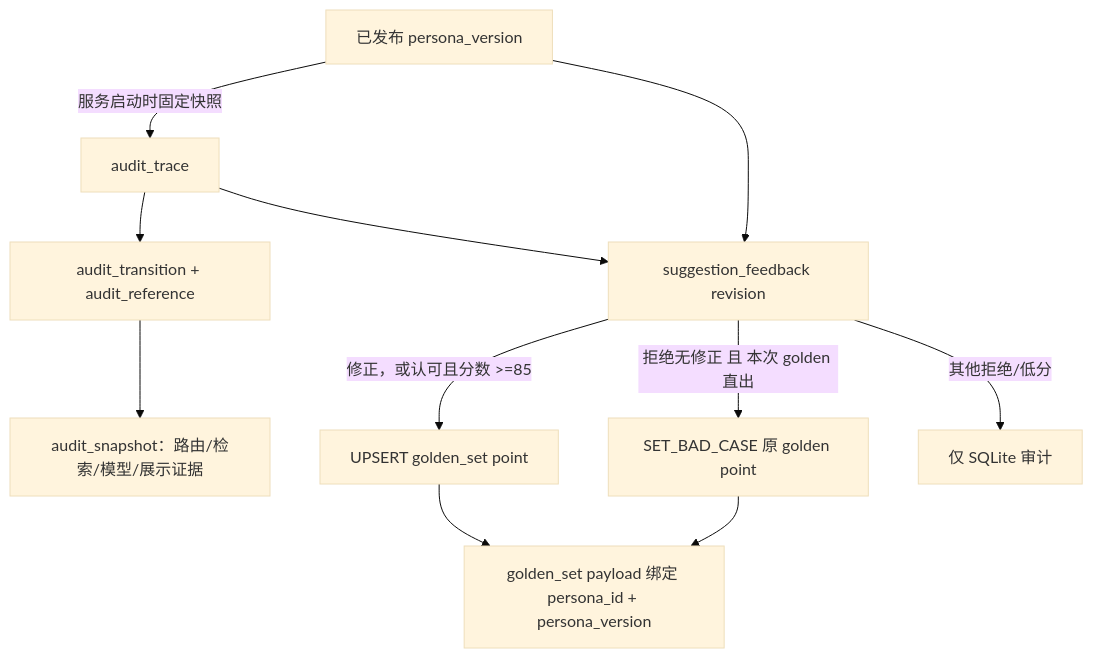
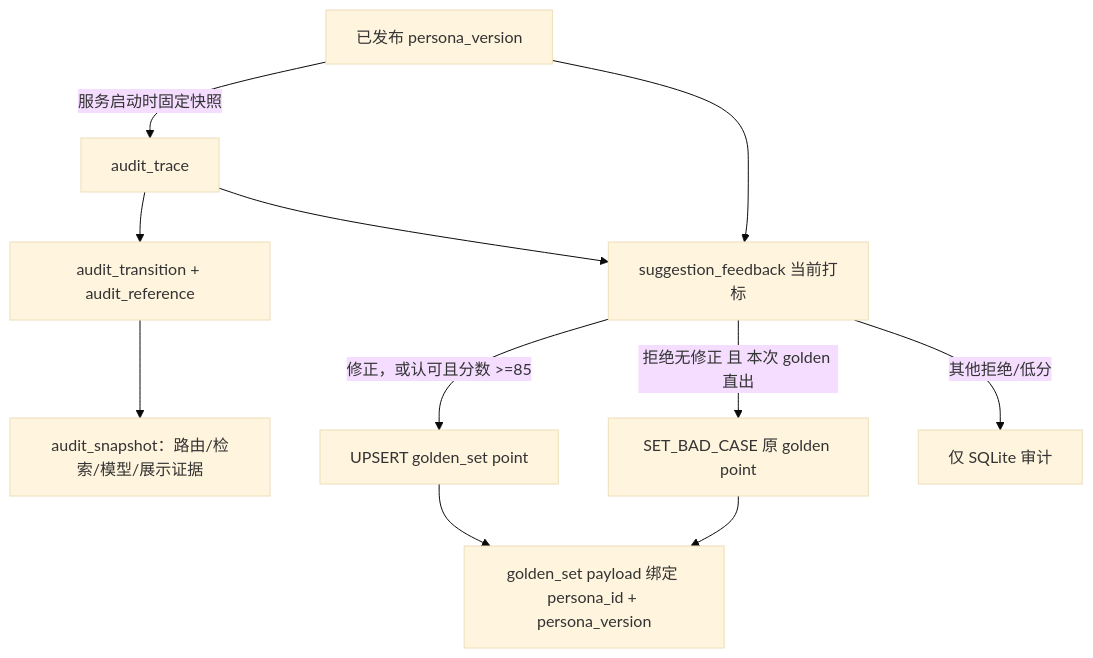
The third of 5 diagrams in docs/09-design/Echocue-数据建模与迁移设计-v0.1.md (Ahsen17/douyin-echocue-standalone), drawn with Mermaid (base theme) before and after one commit. The commit also changed other lines of this file and 10 other files, not shown here.

````diff
--- a/docs/09-design/Echocue-数据建模与迁移设计-v0.1.md
+++ b/docs/09-design/Echocue-数据建模与迁移设计-v0.1.md
@@ -187,13 +187,13 @@
 ```mermaid
 flowchart TD
   PV[已发布 persona_version] -->|服务启动时固定快照| T[audit_trace]
   T --> R[audit_transition + audit_reference]
   R --> S[audit_snapshot：路由/检索/模型/展示证据]
-  T --> F[suggestion_feedback revision]
+  T --> F[suggestion_feedback 当前打标]
   PV --> F
   F -->|修正，或认可且分数 >=85| U[UPSERT golden_set point]
   F -->|拒绝无修正 且 本次 golden 直出| B[SET_BAD_CASE 原 golden point]
   F -->|其他拒绝/低分| A[仅 SQLite 审计]
   U --> G[golden_set payload 绑定 persona_id + persona_version]
   B --> G
 ```
````
